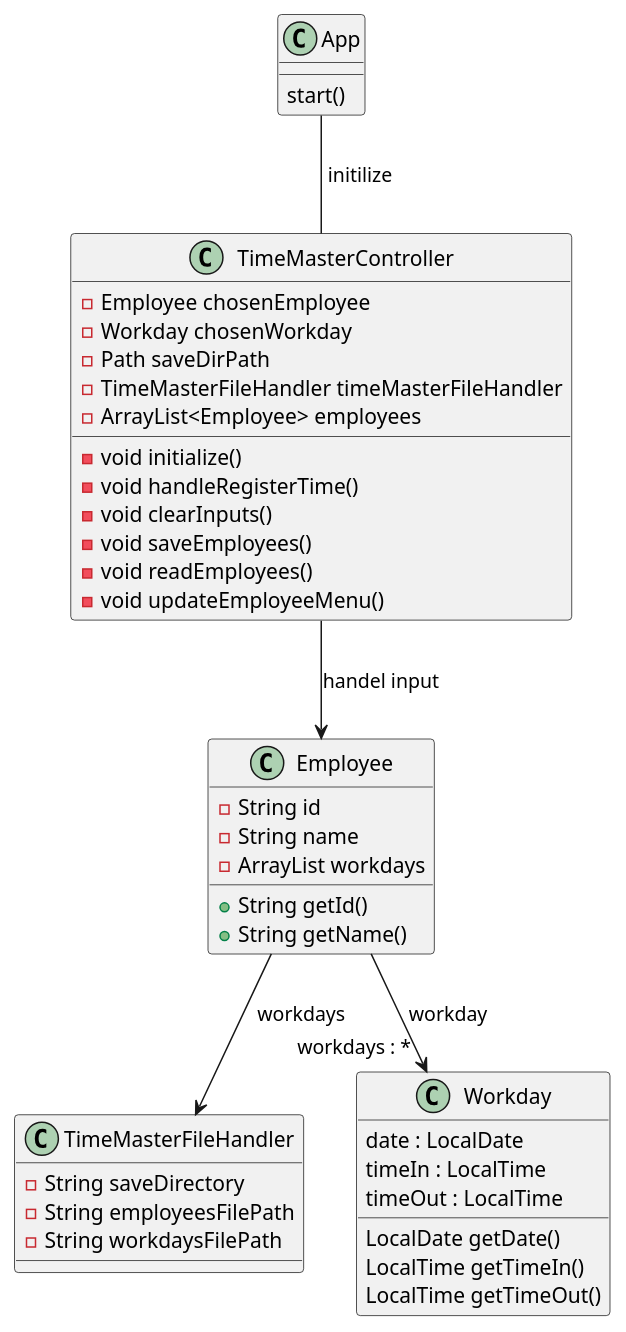
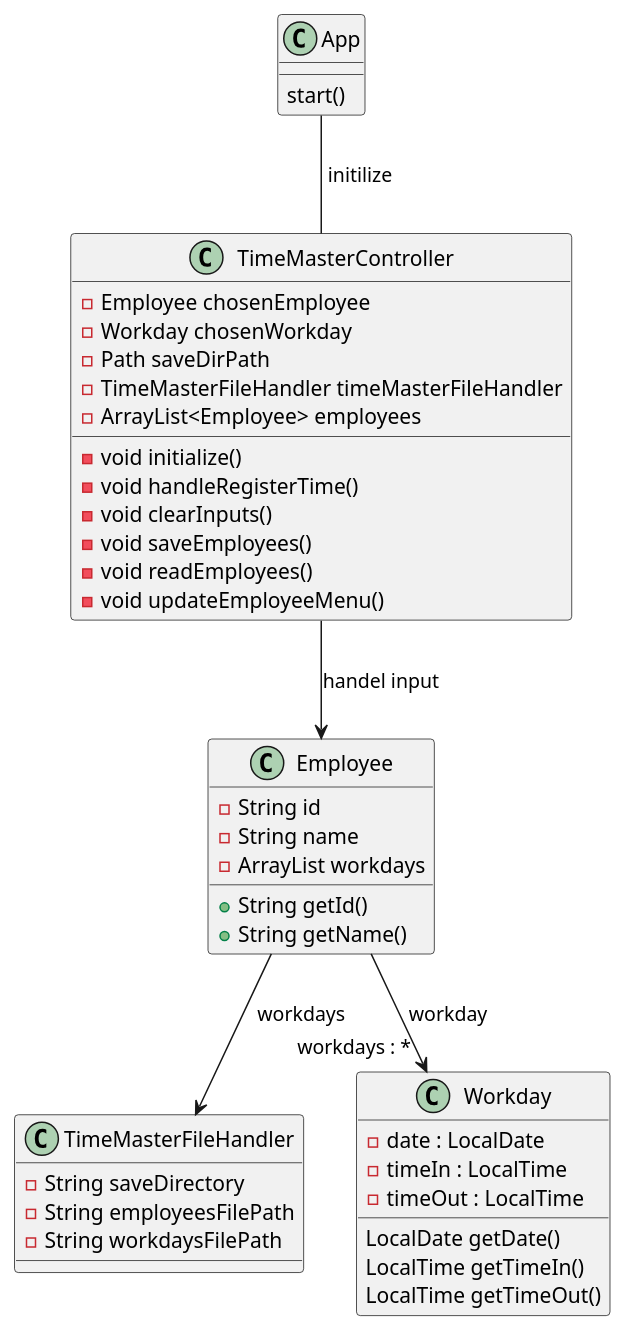
Before and after one commit to sleipner01/TimeMaster: the diagram in docs/diagrams/classdiagram.plantuml, drawn with PlantUML.

Commit message:
Made changes in class diagram file

```diff
--- a/docs/diagrams/classdiagram.plantuml
+++ b/docs/diagrams/classdiagram.plantuml
@@ -1,59 +1,59 @@
 @startuml Time Master 
 
 class Employee{
     -String id 
     -String name
     -ArrayList workdays
 
     +String getId()
     +String getName()
 }
 
 
 class TimeMasterFileHandler{
     - String saveDirectory
     - String employeesFilePath
     - String workdaysFilePath
 }
 
 class Workday{
-    date : LocalDate
-    timeIn : LocalTime
-    timeOut : LocalTime
+   - date : LocalDate
+   - timeIn : LocalTime
+   - timeOut : LocalTime
 
     LocalDate getDate()
     LocalTime getTimeIn()
     LocalTime getTimeOut()
 
 }
 
 class App {
     start()
 }
 
 class TimeMasterController {
     - Employee chosenEmployee
     - Workday chosenWorkday
     - Path saveDirPath
     - TimeMasterFileHandler timeMasterFileHandler
     - ArrayList<Employee> employees
 
     - void initialize()
     - void handleRegisterTime()
     - void clearInputs()
     - void saveEmployees()
     - void readEmployees()
     - void updateEmployeeMenu()
 }
 
 Employee -->  "workdays : * " Workday : " workday"
 
 Employee --> TimeMasterFileHandler :" workdays" 
 
 App -- TimeMasterController : " initilize"
 
 TimeMasterController --> Employee : handel input
 
 
 
 @enduml
```
